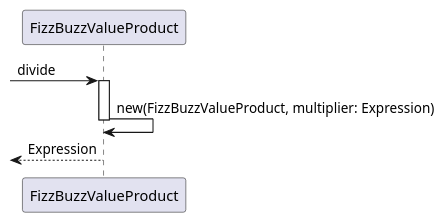
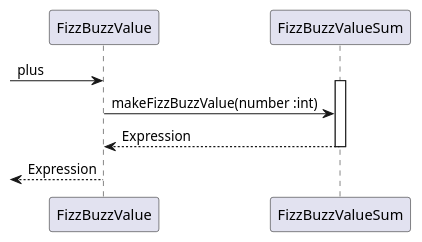
Before and after one commit to k2works/etude_for_java: the fifth of 7 diagrams in docs/src/fizzbuzz.md, drawn with PlantUML. The commit also changed other lines of this file and 10 other files, not shown here.

````diff
--- a/docs/src/fizzbuzz.md
+++ b/docs/src/fizzbuzz.md
@@ -157,9 +138,10 @@
 ```puml
 @startuml
-   -> FizzBuzzValueProduct :divide
-   activate FizzBuzzValueProduct
-      FizzBuzzValueProduct -> FizzBuzzValueProduct :new(FizzBuzzValueProduct, multiplier: Expression)
-   deactivate FizzBuzzValueProduct
-   <-- FizzBuzzValueProduct :Expression
+   -> FizzBuzzValue :plus
+   activate FizzBuzzValueSum
+      FizzBuzzValue -> FizzBuzzValueSum :makeFizzBuzzValue(number :int)
+      FizzBuzzValue <-- FizzBuzzValueSum :Expression
+   deactivate FizzBuzzValueSum
+   <-- FizzBuzzValue :Expression
 @enduml
 ```
````
